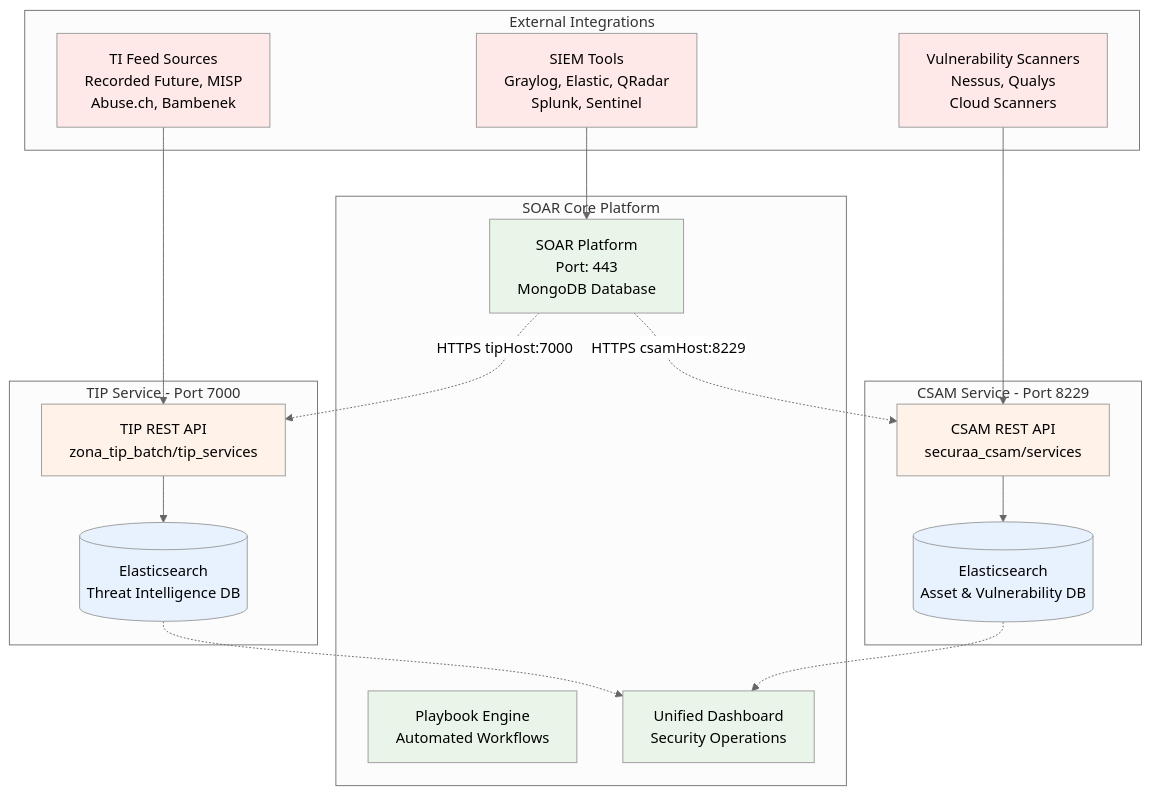
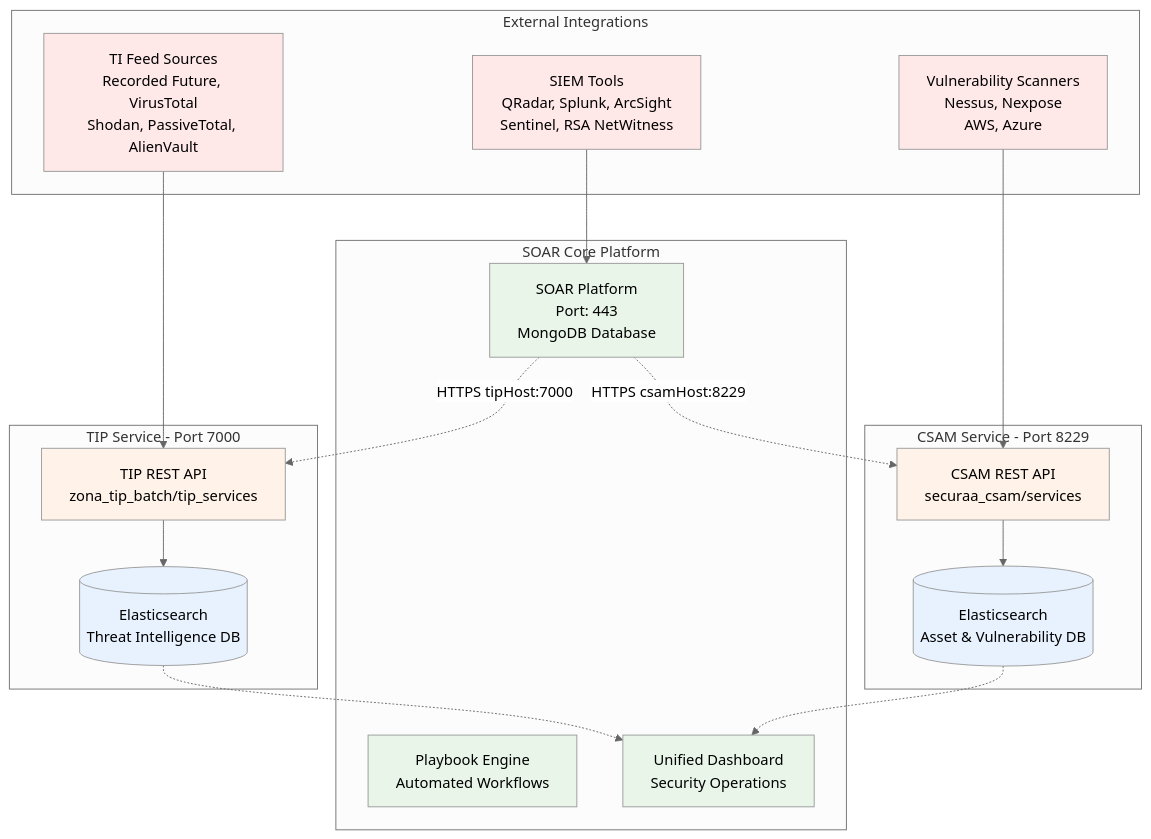
Before and after one commit to Vishwa0220/customers-docs: the first of 18 diagrams in SOAR_Architecture_SIEM_TI_Integration_Documentation.md, drawn with Mermaid (neutral theme). The commit also changed other lines of this file, not shown here.

````diff
--- a/SOAR_Architecture_SIEM_TI_Integration_Documentation.md
+++ b/SOAR_Architecture_SIEM_TI_Integration_Documentation.md
@@ -21,51 +21,51 @@
 ```mermaid
 graph TB
     subgraph "SOAR Core Platform"
         SOAR[SOAR Platform<br/>Port: 443<br/>MongoDB Database]
         PLAYBOOKS[Playbook Engine<br/>Automated Workflows]
         DASHBOARD[Unified Dashboard<br/>Security Operations]
     end
     
     subgraph "TIP Service - Port 7000"
         TIP_API[TIP REST API<br/>zona_tip_batch/tip_services]
-        TIP_ES[(Elasticsearch<br/>Threat Intelligence DB)]
+        TIP_ES[("Elasticsearch<br/>Threat Intelligence DB")]
     end
     
     subgraph "CSAM Service - Port 8229"
         CSAM_API[CSAM REST API<br/>securaa_csam/services]
-        CSAM_ES[(Elasticsearch<br/>Asset & Vulnerability DB)]
+        CSAM_ES[("Elasticsearch<br/>Asset & Vulnerability DB")]
     end
     
     subgraph "External Integrations"
-        SIEM_TOOLS[SIEM Tools<br/>Graylog, Elastic, QRadar<br/>Splunk, Sentinel]
-        TI_FEEDS[TI Feed Sources<br/>Recorded Future, MISP<br/>Abuse.ch, Bambenek]
-        VULN_SCANNERS[Vulnerability Scanners<br/>Nessus, Qualys<br/>Cloud Scanners]
+        SIEM_TOOLS[SIEM Tools<br/>QRadar, Splunk, ArcSight<br/>Sentinel, RSA NetWitness]
+        TI_FEEDS[TI Feed Sources<br/>Recorded Future, VirusTotal<br/>Shodan, PassiveTotal, AlienVault]
+        VULN_SCANNERS[Vulnerability Scanners<br/>Nessus, Nexpose<br/>AWS, Azure]
     end
     
     %% Service Communication
     SOAR -.->|HTTPS tipHost:7000| TIP_API
     SOAR -.->|HTTPS csamHost:8229| CSAM_API
     
     %% Data Storage
     TIP_API --> TIP_ES
     CSAM_API --> CSAM_ES
     
     %% External Data Sources
     SIEM_TOOLS --> SOAR
     TI_FEEDS --> TIP_API
     VULN_SCANNERS --> CSAM_API
     
     %% Dashboard Integration
     TIP_ES -.-> DASHBOARD
     CSAM_ES -.-> DASHBOARD
     
     classDef soarCore fill:#e8f5e8
     classDef services fill:#fff2e8
     classDef databases fill:#e8f2ff
     classDef external fill:#ffe8e8
     
     class SOAR,PLAYBOOKS,DASHBOARD soarCore
     class TIP_API,CSAM_API services
     class TIP_ES,CSAM_ES databases
     class SIEM_TOOLS,TI_FEEDS,VULN_SCANNERS external
 ```
````
